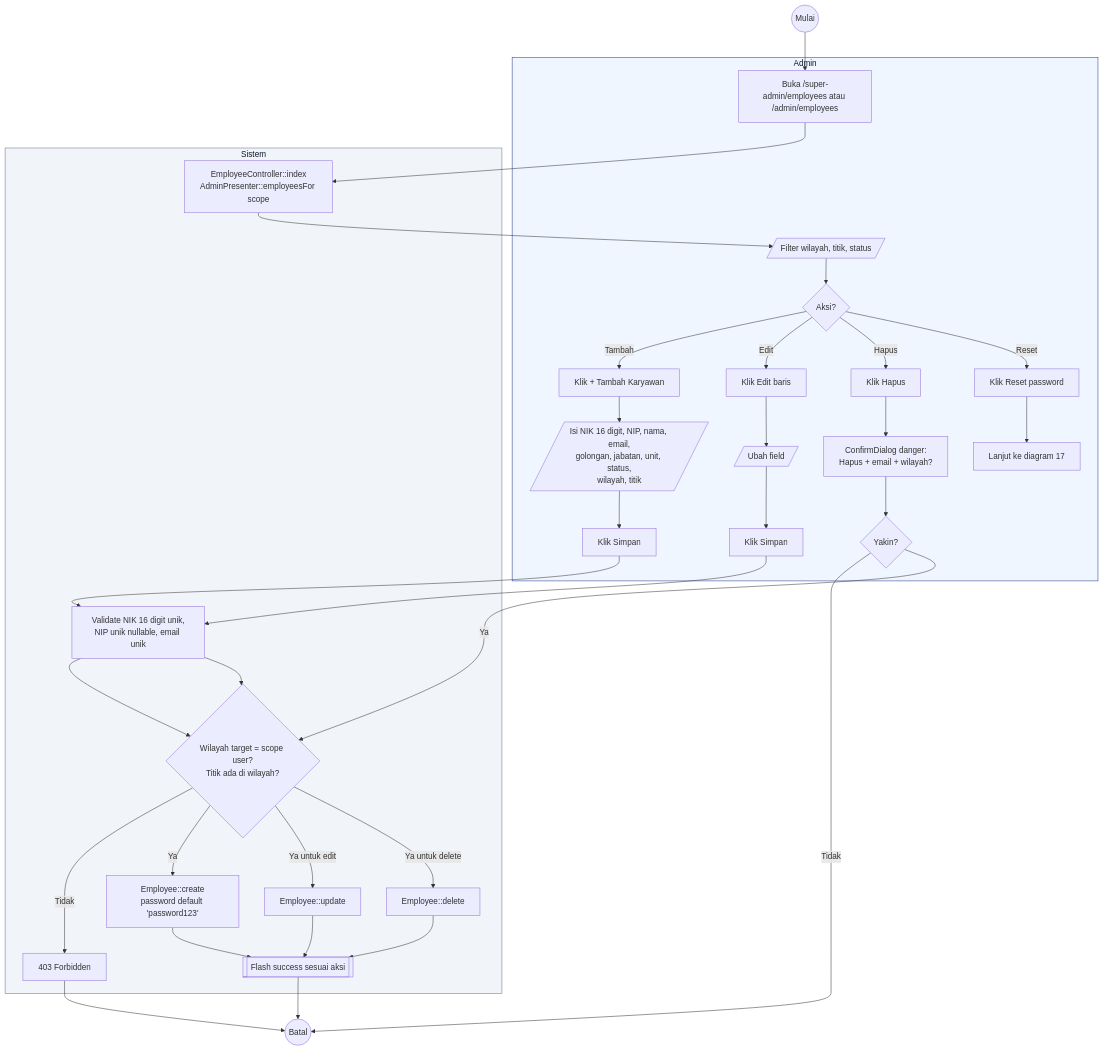
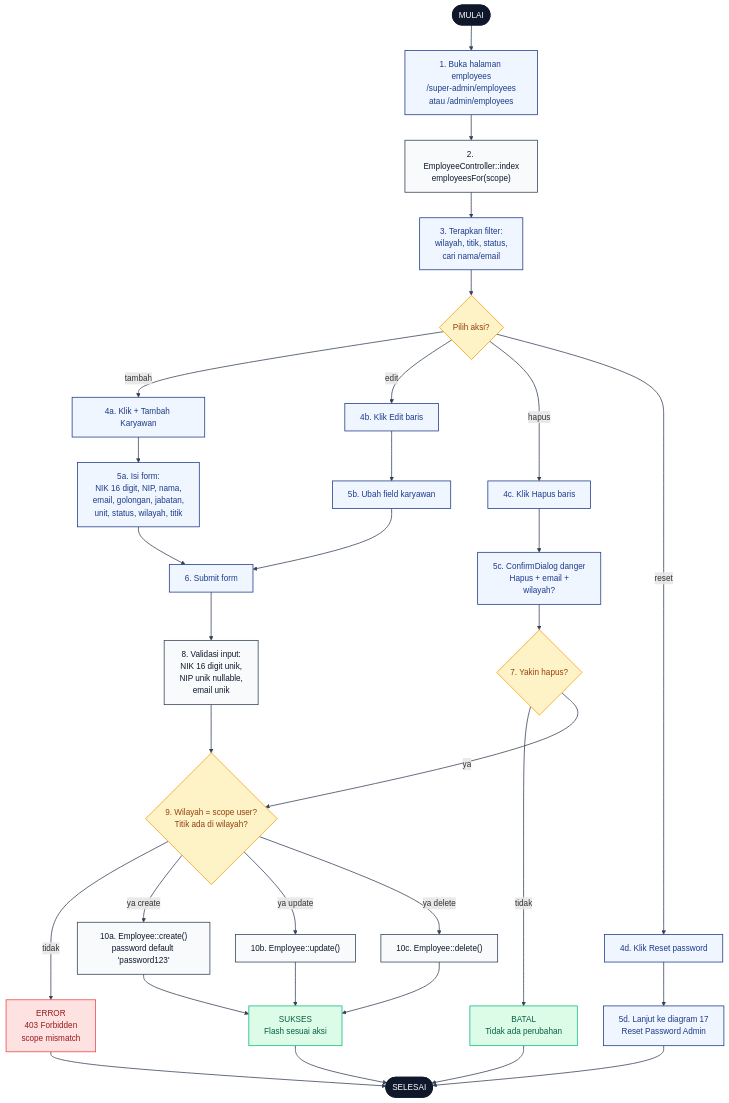
The diagram in docs/activity-diagrams/06-employees-crud.md (radacore/absensi-pu), drawn with Mermaid before and after one commit. The commit also changed other lines of this file and 22 other files, not shown here.

First line of the commit message:
docs(diagram): terapkan pola mermaid flowchart TD ke 23 diagram sisanya

````diff
--- a/docs/activity-diagrams/06-employees-crud.md
+++ b/docs/activity-diagrams/06-employees-crud.md
@@ -12,67 +12,80 @@
 ```mermaid
 flowchart TD
-    Start((Mulai)) --> A1
+    START([MULAI]):::se
 
-    subgraph Admin[Admin]
-        A1[Buka /super-admin/employees atau /admin/employees]
-        A2[/Filter wilayah, titik, status/]
-        A3{Aksi?}
-        A4[Klik + Tambah Karyawan]
-        A5[/Isi NIK 16 digit, NIP, nama, email,<br/>golongan, jabatan, unit, status,<br/>wilayah, titik/]
-        A6[Klik Simpan]
-        A7[Klik Edit baris]
-        A8[/Ubah field/]
-        A9[Klik Simpan]
-        A10[Klik Hapus]
-        A11[ConfirmDialog danger:<br/>Hapus + email + wilayah?]
-        A12{Yakin?}
-        A13[Klik Reset password]
-        A14[Lanjut ke diagram 17]
-    end
+    A1["1. Buka halaman employees<br/>/super-admin/employees<br/>atau /admin/employees"]:::user
+    S1["2. EmployeeController::index<br/>employeesFor(scope)"]:::sys
+    A2["3. Terapkan filter:<br/>wilayah, titik, status,<br/>cari nama/email"]:::user
+    D1{"Pilih aksi?"}:::dec
 
-    subgraph Sistem[Sistem]
-        S1[EmployeeController::index<br/>AdminPresenter::employeesFor scope]
-        S2[Validate NIK 16 digit unik,<br/>NIP unik nullable, email unik]
-        S3{Wilayah target = scope user?<br/>Titik ada di wilayah?}
-        S4[403 Forbidden]
-        S5[Employee::create<br/>password default 'password123']
-        S6[Employee::update]
-        S7[Employee::delete]
-        S8[[Flash success sesuai aksi]]
-    end
+    A3a["4a. Klik + Tambah Karyawan"]:::user
+    A3b["4b. Klik Edit baris"]:::user
+    A3c["4c. Klik Hapus baris"]:::user
+    A3d["4d. Klik Reset password"]:::user
 
+    A4a["5a. Isi form:<br/>NIK 16 digit, NIP, nama,<br/>email, golongan, jabatan,<br/>unit, status, wilayah, titik"]:::user
+    A4b["5b. Ubah field karyawan"]:::user
+    A4c["5c. ConfirmDialog danger<br/>Hapus + email +<br/>wilayah?"]:::user
+    A4d["5d. Lanjut ke diagram 17<br/>Reset Password Admin"]:::user
+
+    A5["6. Submit form"]:::user
+    D2{"7. Yakin hapus?"}:::dec
+
+    S2["8. Validasi input:<br/>NIK 16 digit unik,<br/>NIP unik nullable,<br/>email unik"]:::sys
+    D3{"9. Wilayah = scope user?<br/>Titik ada di wilayah?"}:::dec
+
+    S3["10a. Employee::create()<br/>password default 'password123'"]:::sys
+    S4["10b. Employee::update()"]:::sys
+    S5["10c. Employee::delete()"]:::sys
+
+    E1["ERROR<br/>403 Forbidden<br/>scope mismatch"]:::err
+    CANCEL["BATAL<br/>Tidak ada perubahan"]:::ok
+    OK["SUKSES<br/>Flash sesuai aksi"]:::ok
+    END([SELESAI]):::se
+
+    START --> A1
     A1 --> S1
     S1 --> A2
-    A2 --> A3
-    A3 -->|Tambah| A4
-    A4 --> A5
-    A5 --> A6
-    A6 --> S2
-    S2 --> S3
-    S3 -->|Tidak| S4
-    S3 -->|Ya| S5
-    S5 --> S8
-    A3 -->|Edit| A7
-    A7 --> A8
-    A8 --> A9
-    A9 --> S2
-    S2 --> S3
-    S3 -->|Ya untuk edit| S6
-    S6 --> S8
-    A3 -->|Hapus| A10
-    A10 --> A11
-    A11 --> A12
-    A12 -->|Tidak| End((Batal))
-    A12 -->|Ya| S3
-    S3 -->|Ya untuk delete| S7
-    S7 --> S8
-    A3 -->|Reset| A13
-    A13 --> A14
-    S8 --> End
-    S4 --> End
+    A2 --> D1
 
-    classDef actor fill:#EFF6FF,stroke:#1E3A8A,stroke-width:1px,color:#0F172A
-    classDef system fill:#F1F5F9,stroke:#64748B,stroke-width:1px,color:#0F172A
-    class Admin actor
-    class Sistem system
+    D1 -->|tambah| A3a
+    A3a --> A4a
+    A4a --> A5
+    A5 --> S2
+
+    D1 -->|edit| A3b
+    A3b --> A4b
+    A4b --> A5
+
+    D1 -->|hapus| A3c
+    A3c --> A4c
+    A4c --> D2
+    D2 -->|tidak| CANCEL
+    D2 -->|ya| D3
+
+    D1 -->|reset| A3d
+    A3d --> A4d
+    A4d --> END
+
+    S2 --> D3
+    D3 -->|tidak| E1
+    D3 -->|ya create| S3
+    D3 -->|ya update| S4
+    D3 -->|ya delete| S5
+
+    S3 --> OK
+    S4 --> OK
+    S5 --> OK
+    OK --> END
+    CANCEL --> END
+    E1 --> END
+
+    classDef se fill:#0F172A,stroke:#0F172A,color:#fff,stroke-width:2px
+    classDef user fill:#EFF6FF,stroke:#1E3A8A,color:#1E3A8A,stroke-width:1.5px
+    classDef sys fill:#F8FAFC,stroke:#334155,color:#0F172A,stroke-width:1.5px
+    classDef dec fill:#FEF3C7,stroke:#F59E0B,color:#92400E,stroke-width:1.5px
+    classDef err fill:#FEE2E2,stroke:#EF4444,color:#991B1B,stroke-width:1.5px
+    classDef ok fill:#DCFCE7,stroke:#10B981,color:#065F46,stroke-width:1.5px
+
+    linkStyle default stroke:#334155,stroke-width:1.5px
 ```
````
